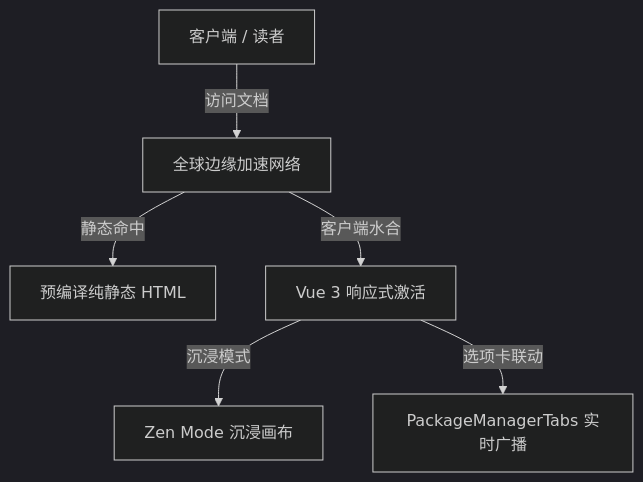
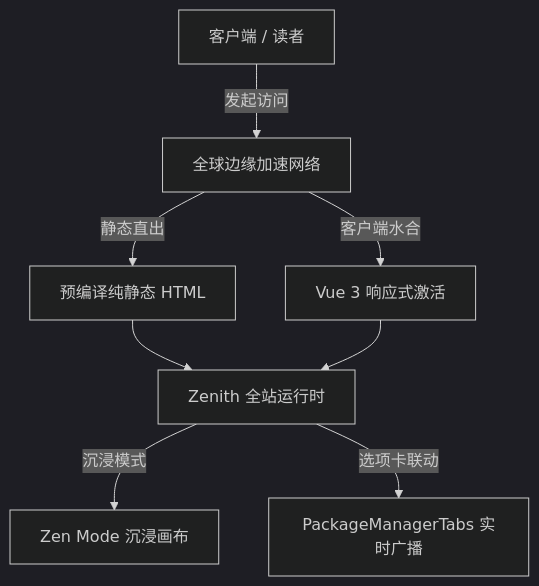
The first of 13 diagrams in docs/guide/rich-media.md (atengk/vitepress-zenith), drawn with Mermaid (dark theme) before and after one commit. The commit also changed other lines of this file and 1 other file, not shown here.

Commit message:
feat(mermaid): 完全重构对齐 GitHub Primer 规范并支持全屏沉浸缩放与多行居中

````diff
--- a/docs/guide/rich-media.md
+++ b/docs/guide/rich-media.md
@@ -50,8 +52,10 @@
 ```mermaid
-graph TD
-  Client[客户端 / 读者] -->|访问文档| CDN[全球边缘加速网络]
-  CDN -->|静态命中| SSG[预编译纯静态 HTML]
-  CDN -->|客户端水合| Hydration[Vue 3 响应式激活]
-  Hydration -->|沉浸模式| Zen[Zen Mode 沉浸画布]
-  Hydration -->|选项卡联动| Tabs[PackageManagerTabs 实时广播]
+flowchart TD
+  Client["客户端 / 读者"] -->|发起访问| CDN["全球边缘加速网络"]
+  CDN -->|静态直出| SSG["预编译纯静态 HTML"]
+  CDN -->|客户端水合| Hydration["Vue 3 响应式激活"]
+  SSG --> Runtime["Zenith 全站运行时"]
+  Hydration --> Runtime
+  Runtime -->|沉浸模式| Zen["Zen Mode 沉浸画布"]
+  Runtime -->|选项卡联动| Tabs["PackageManagerTabs 实时广播"]
 ```
````
